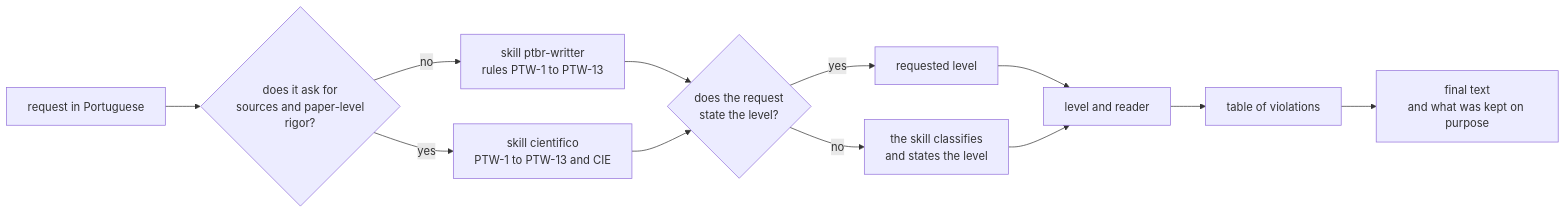
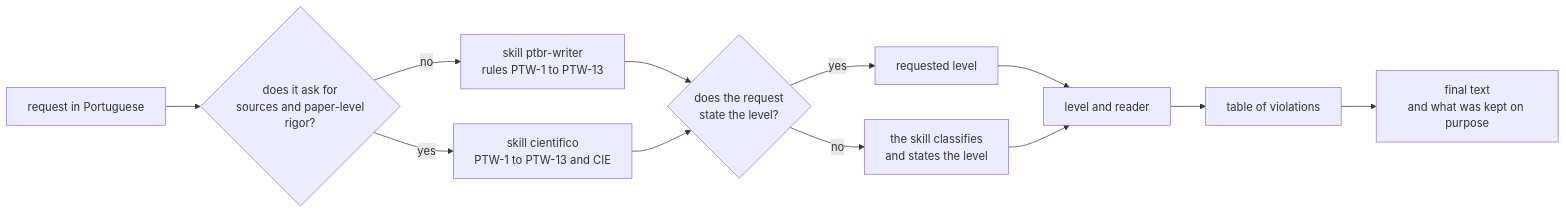
Before and after one commit to h0ffmann/ptbr-writer: the diagram in README.en.md, drawn with Mermaid. The commit also changed other lines of this file and 47 other files, not shown here.

First line of the commit message:
refactor: ptbr-writter vira ptbr-writer em tudo; versão 0.2.0

````diff
--- a/README.en.md
+++ b/README.en.md
@@ -28,16 +28,16 @@
 ```mermaid
 %% figure: request-to-final-text
 %% title: What happens to a request to write in Portuguese?
 flowchart LR
     A["request in Portuguese"] --> B{"does it ask for<br/>sources and paper-level<br/>rigor?"}
-    B -- "no" --> C["skill ptbr-writter<br/>rules PTW-1 to PTW-13"]
+    B -- "no" --> C["skill ptbr-writer<br/>rules PTW-1 to PTW-13"]
     B -- "yes" --> D["skill cientifico<br/>PTW-1 to PTW-13 and CIE"]
     C --> E{"does the request<br/>state the level?"}
     D --> E
     E -- "yes" --> F["requested level"]
     E -- "no" --> G["the skill classifies<br/>and states the level"]
     F --> H["level and reader"]
     G --> H
     H --> I["table of violations"]
     I --> J["final text<br/>and what was kept on purpose"]
 ```
````
